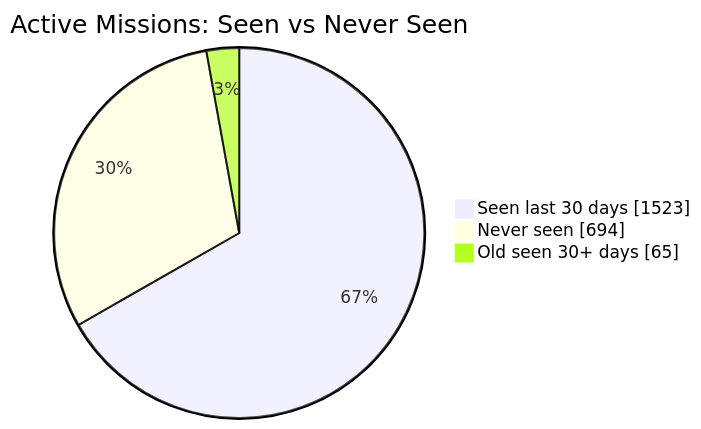
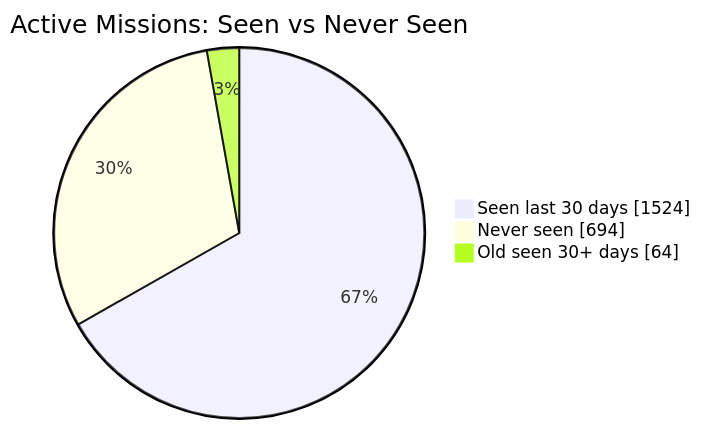
The first of 2 diagrams in README.md (MeldkamerspelGameTeam/active-missions), drawn with Mermaid before and after one commit. The commit also changed other lines of this file and 2 other files, not shown here.

````diff
--- a/README.md
+++ b/README.md
@@ -34,7 +34,7 @@
 ```mermaid
 pie showData
     title Active Missions: Seen vs Never Seen
-    "Seen last 30 days" : 1523
+    "Seen last 30 days" : 1524
     "Never seen" : 694
-    "Old seen 30+ days" : 65
+    "Old seen 30+ days" : 64
 ```
````
